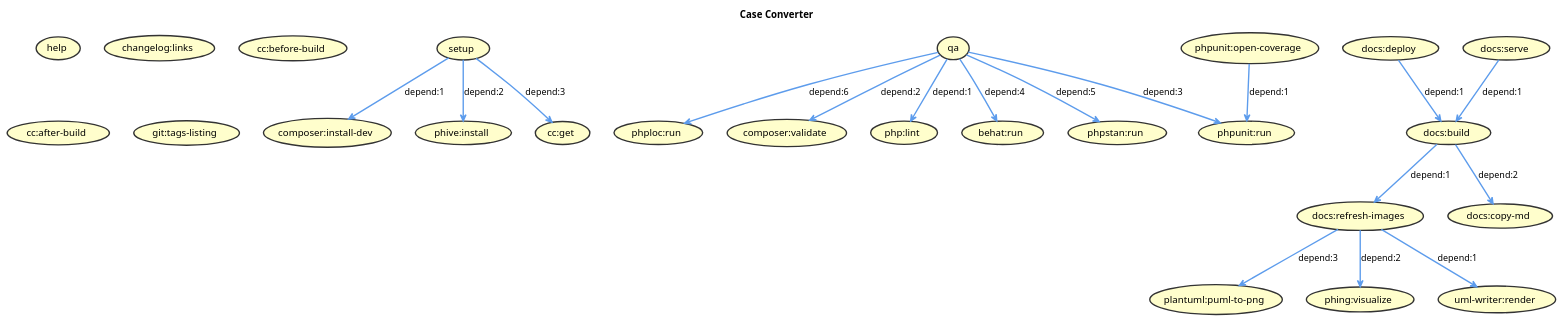
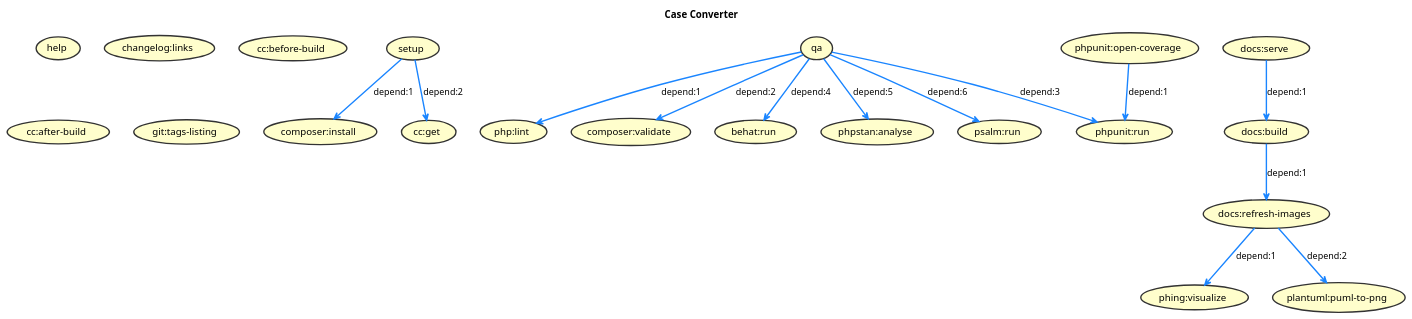
The diagram in docs/images/build.puml (jawira/case-converter), drawn with PlantUML before and after one commit. The commit also changed 15 other files, not shown here.

```diff
--- a/docs/images/build.puml
+++ b/docs/images/build.puml
@@ -1,56 +1,54 @@
 @startuml
 
-title Case Converter
+title
+Case Converter
+end title
+
+top to bottom direction
+
+skinparam Shadowing false
 skinparam ArrowFontColor Black
 skinparam ArrowThickness 2
 skinparam UseCaseBackgroundColor #FFFECC
 skinparam UseCaseBorderColor #333333
 skinparam UseCaseBorderThickness 2
 skinparam UseCaseFontColor Black
 
+
+(setup) -[#1A85FF]-> (composer:install) : depend:1
+(setup) -[#1A85FF]-> (cc:get) : depend:2
+(qa) -[#1A85FF]-> (php:lint) : depend:1
+(qa) -[#1A85FF]-> (composer:validate) : depend:2
+(qa) -[#1A85FF]-> (phpunit:run) : depend:3
+(qa) -[#1A85FF]-> (behat:run) : depend:4
+(qa) -[#1A85FF]-> (phpstan:analyse) : depend:5
+(qa) -[#1A85FF]-> (psalm:run) : depend:6
+(docs:refresh-images) -[#1A85FF]-> (phing:visualize) : depend:1
+(docs:refresh-images) -[#1A85FF]-> (plantuml:puml-to-png) : depend:2
+(phpunit:open-coverage) -[#1A85FF]-> (phpunit:run) : depend:1
+(docs:serve) -[#1A85FF]-> (docs:build) : depend:1
+(docs:build) -[#1A85FF]-> (docs:refresh-images) : depend:1
 (help)
 (setup)
 (qa)
 (docs:refresh-images)
-(phploc:run)
 (composer:validate)
-(composer:install-dev)
+(composer:install)
 (phpunit:open-coverage)
 (php:lint)
 (behat:run)
-(phpstan:run)
 (phpunit:run)
-(phive:install)
 (changelog:links)
 (cc:get)
 (cc:before-build)
 (cc:after-build)
 (plantuml:puml-to-png)
 (git:tags-listing)
 (phing:visualize)
-(uml-writer:render)
-(docs:deploy)
 (docs:serve)
 (docs:build)
-(docs:copy-md)
+(psalm:run)
+(phpstan:analyse)
 
 
-(setup) -[#5D9CEC]-> (composer:install-dev) : depend:1
-(setup) -[#5D9CEC]-> (phive:install) : depend:2
-(setup) -[#5D9CEC]-> (cc:get) : depend:3
-(qa) -[#5D9CEC]-> (php:lint) : depend:1
-(qa) -[#5D9CEC]-> (composer:validate) : depend:2
-(qa) -[#5D9CEC]-> (phpunit:run) : depend:3
-(qa) -[#5D9CEC]-> (behat:run) : depend:4
-(qa) -[#5D9CEC]-> (phpstan:run) : depend:5
-(qa) -[#5D9CEC]-> (phploc:run) : depend:6
-(docs:refresh-images) -[#5D9CEC]-> (uml-writer:render) : depend:1
-(docs:refresh-images) -[#5D9CEC]-> (phing:visualize) : depend:2
-(docs:refresh-images) -[#5D9CEC]-> (plantuml:puml-to-png) : depend:3
-(phpunit:open-coverage) -[#5D9CEC]-> (phpunit:run) : depend:1
-(docs:deploy) -[#5D9CEC]-> (docs:build) : depend:1
-(docs:serve) -[#5D9CEC]-> (docs:build) : depend:1
-(docs:build) -[#5D9CEC]-> (docs:refresh-images) : depend:1
-(docs:build) -[#5D9CEC]-> (docs:copy-md) : depend:2
-
 @enduml
```
